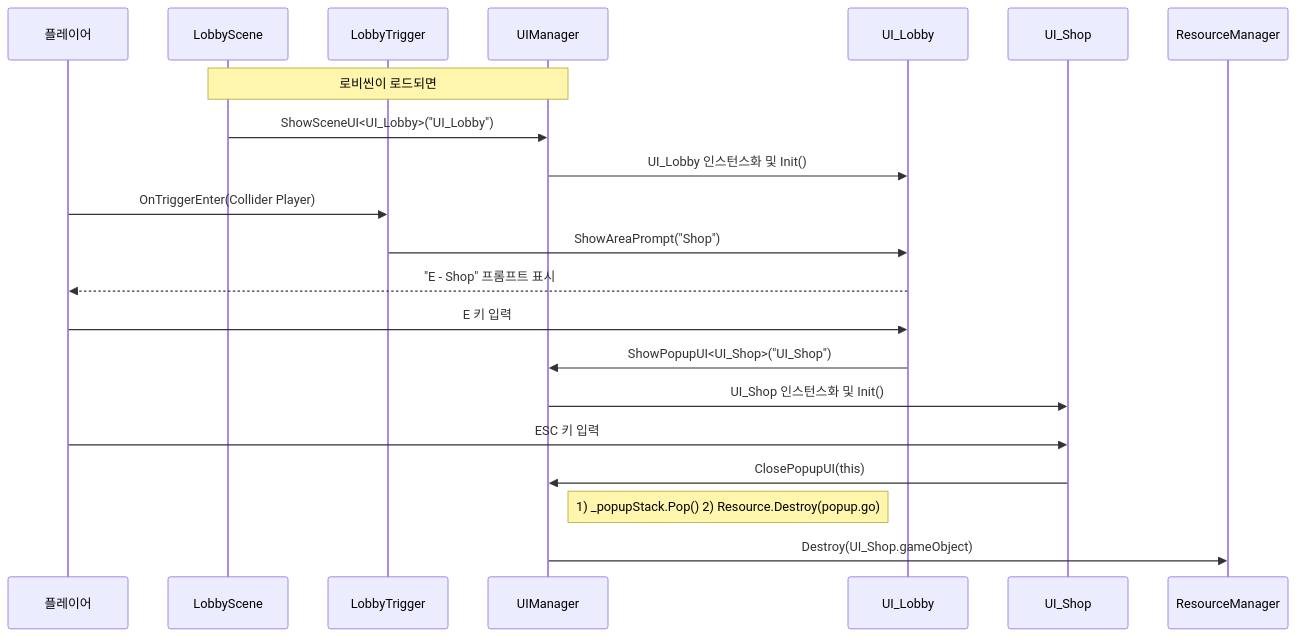
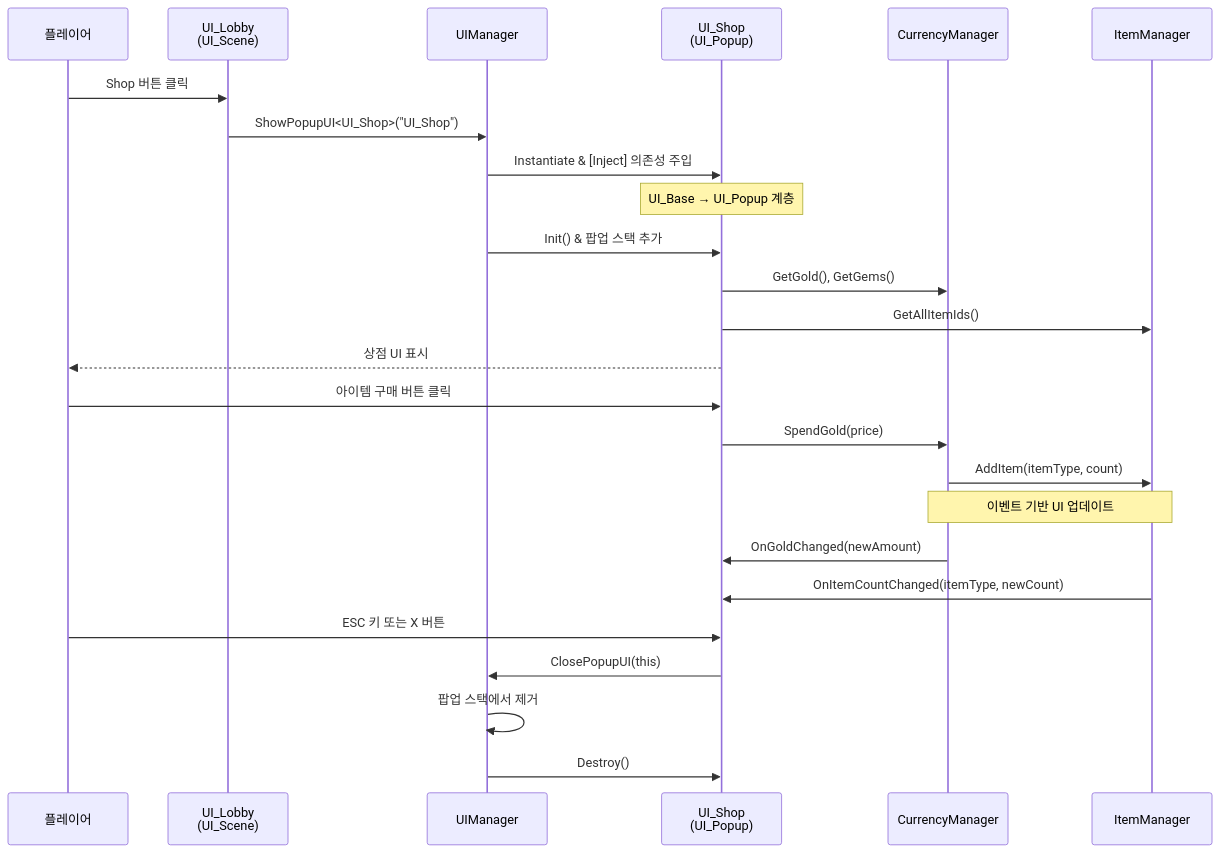
The second of 5 diagrams in UI 시퀀스 다이어그램.md (heejune1209/Just-climb-), drawn with Mermaid before and after one commit. The commit also changed other lines of this file, not shown here.

````diff
--- a/UI 시퀀스 다이어그램.md
+++ b/UI 시퀀스 다이어그램.md
@@ -4,34 +37,35 @@
 ```mermaid
 sequenceDiagram
-    %% 참여자 정의
-    participant Player     as 플레이어
-    participant LobbyScene as LobbyScene
-    participant LobbyTrigger as LobbyTrigger
-    participant UIManager  as UIManager
-    participant UI_Lobby   as UI_Lobby
-    participant UI_Shop    as UI_Shop
-    participant ResourceMgr  as ResourceManager
+    participant Player as 플레이어
+    participant UI_Lobby as UI_Lobby<br/>(UI_Scene)
+    participant UIManager as UIManager
+    participant UI_Shop as UI_Shop<br/>(UI_Popup)
+    participant CurrencyMgr as CurrencyManager
+    participant ItemMgr as ItemManager
 
+    %% 상점 팝업 열기
+    Player->>UI_Lobby: Shop 버튼 클릭
+    UI_Lobby->>UIManager: ShowPopupUI<UI_Shop>("UI_Shop")
+    UIManager->>UI_Shop: Instantiate & [Inject] 의존성 주입
+    
+    Note over UI_Shop: UI_Base → UI_Popup 계층
+    UIManager->>UI_Shop: Init() & 팝업 스택 추가
+    UI_Shop->>CurrencyMgr: GetGold(), GetGems()
+    UI_Shop->>ItemMgr: GetAllItemIds()
+    UI_Shop-->>Player: 상점 UI 표시
 
-    %% 1) 로비 씬 로드 및 UI_Lobby 생성
-    Note over LobbyScene, UIManager: 로비씬이 로드되면
-    LobbyScene->>UIManager: ShowSceneUI<UI_Lobby>("UI_Lobby")
-    UIManager->>UI_Lobby: UI_Lobby 인스턴스화 및 Init()
+    %% 아이템 구매
+    Player->>UI_Shop: 아이템 구매 버튼 클릭
+    UI_Shop->>CurrencyMgr: SpendGold(price)
+    CurrencyMgr->>ItemMgr: AddItem(itemType, count)
+    
+    Note over CurrencyMgr, ItemMgr: 이벤트 기반 UI 업데이트
+    CurrencyMgr->>UI_Shop: OnGoldChanged(newAmount)
+    ItemMgr->>UI_Shop: OnItemCountChanged(itemType, newCount)
 
-    %% 2) 플레이어가 Shop 영역에 진입
-    Player->>LobbyTrigger: OnTriggerEnter(Collider Player)
-    LobbyTrigger->>UI_Lobby: ShowAreaPrompt("Shop")
-    UI_Lobby-->>Player: "E - Shop" 프롬프트 표시
-
-    %% 3) 플레이어가 E 키 입력 → 상점 팝업 열기
-    Player->>UI_Lobby: E 키 입력
-    UI_Lobby->>UIManager: ShowPopupUI<UI_Shop>("UI_Shop")
-    UIManager->>UI_Shop: UI_Shop 인스턴스화 및 Init()
-
-    %% 4) ESC 키 입력 → 팝업 닫기
-    Player->>UI_Shop: ESC 키 입력
+    %% 팝업 닫기
+    Player->>UI_Shop: ESC 키 또는 X 버튼
     UI_Shop->>UIManager: ClosePopupUI(this)
-    Note right of UIManager: 1) _popupStack.Pop()  2) Resource.Destroy(popup.go)
-    UIManager->>ResourceMgr: Destroy(UI_Shop.gameObject)
-
+    UIManager->>UIManager: 팝업 스택에서 제거
+    UIManager->>UI_Shop: Destroy()
 ```
````
